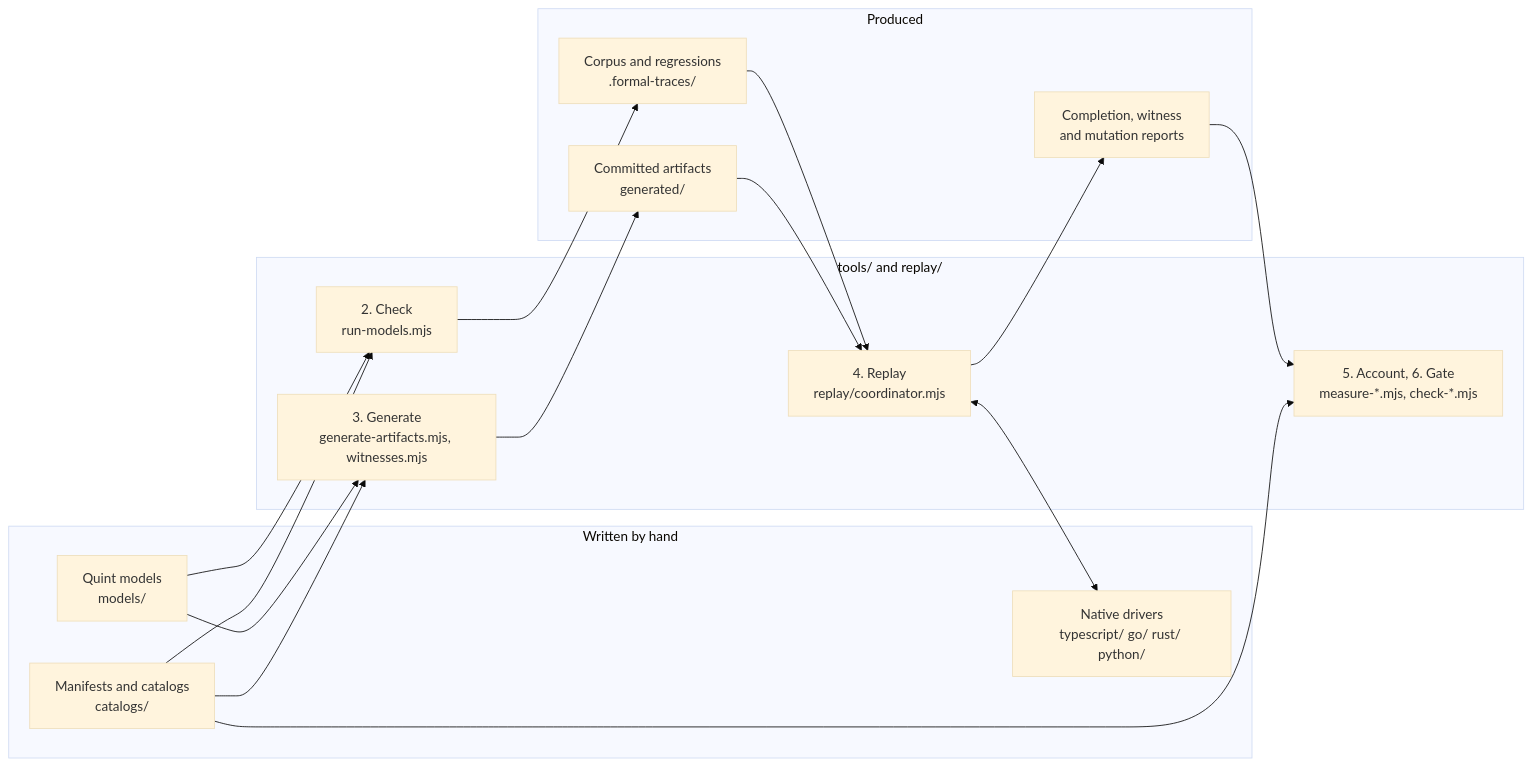
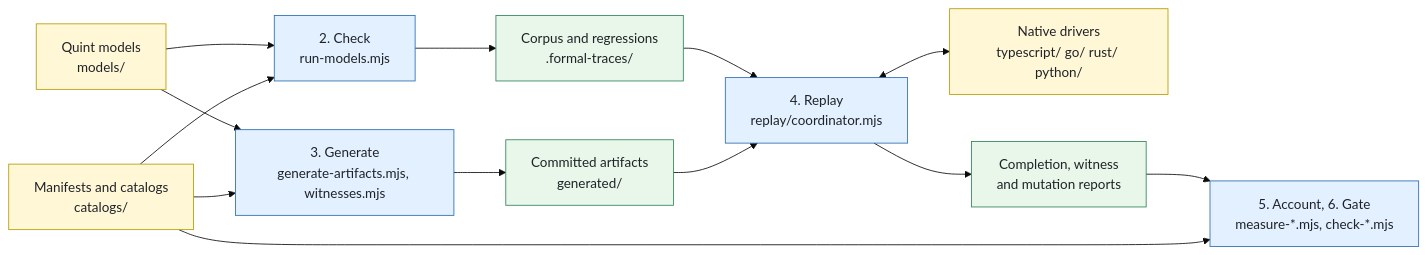
One commit to lan17/DialCache changed the first of 2 diagrams in formal/README.md. Above: the diagram before and after it, drawn with Mermaid (base theme). The commit also changed other lines of this file and 1 other file, not shown here.

Commit message:
docs(formal): lay the README diagrams out left to right
Rendered with Mermaid 11, the data-flow diagram's subgraphs stacked
bottom-to-top and the pipelines diagram put the full workflow before
the pull request lanes. Draw the data flow as one left-to-right chain
with the three groups as colors and a legend sentence, and draw only
the full workflow's job graph, since the pull request lanes have no
dependencies between their jobs and are listed in prose beneath it.

````diff
--- a/formal/README.md
+++ b/formal/README.md
@@ -42,31 +43,23 @@
 ```mermaid
 flowchart LR
-  subgraph written ["Written by hand"]
-    M["Quint models<br/>models/"]
-    X["Manifests and catalogs<br/>catalogs/"]
-    D["Native drivers<br/>typescript/ go/ rust/ python/"]
-  end
-  subgraph pipeline ["tools/ and replay/"]
-    RM["2. Check<br/>run-models.mjs"]
-    GA["3. Generate<br/>generate-artifacts.mjs, witnesses.mjs"]
-    CO["4. Replay<br/>replay/coordinator.mjs"]
-    CK["5. Account, 6. Gate<br/>measure-*.mjs, check-*.mjs"]
-  end
-  subgraph produced ["Produced"]
-    CP["Corpus and regressions<br/>.formal-traces/"]
-    GF["Committed artifacts<br/>generated/"]
-    RP["Completion, witness<br/>and mutation reports"]
-  end
-  M --> RM
+  M["Quint models<br/>models/"]:::hand
+  X["Manifests and catalogs<br/>catalogs/"]:::hand
+  D["Native drivers<br/>typescript/ go/ rust/ python/"]:::hand
+  RM["2. Check<br/>run-models.mjs"]:::tool
+  GA["3. Generate<br/>generate-artifacts.mjs, witnesses.mjs"]:::tool
+  CO["4. Replay<br/>replay/coordinator.mjs"]:::tool
+  CK["5. Account, 6. Gate<br/>measure-*.mjs, check-*.mjs"]:::tool
+  CP["Corpus and regressions<br/>.formal-traces/"]:::out
+  GF["Committed artifacts<br/>generated/"]:::out
+  RP["Completion, witness<br/>and mutation reports"]:::out
+  M --> RM --> CP --> CO
+  M --> GA --> GF --> CO
   X --> RM
-  RM --> CP
-  M --> GA
   X --> GA
-  GA --> GF
-  CP --> CO
-  GF --> CO
   CO <--> D
-  CO --> RP
-  RP --> CK
+  CO --> RP --> CK
   X --> CK
+  classDef hand fill:#fff7d6,stroke:#b59b00,color:#1f2328
+  classDef tool fill:#e3f0ff,stroke:#2b6cb0,color:#1f2328
+  classDef out fill:#e8f7ea,stroke:#2f855a,color:#1f2328
 ```
````
